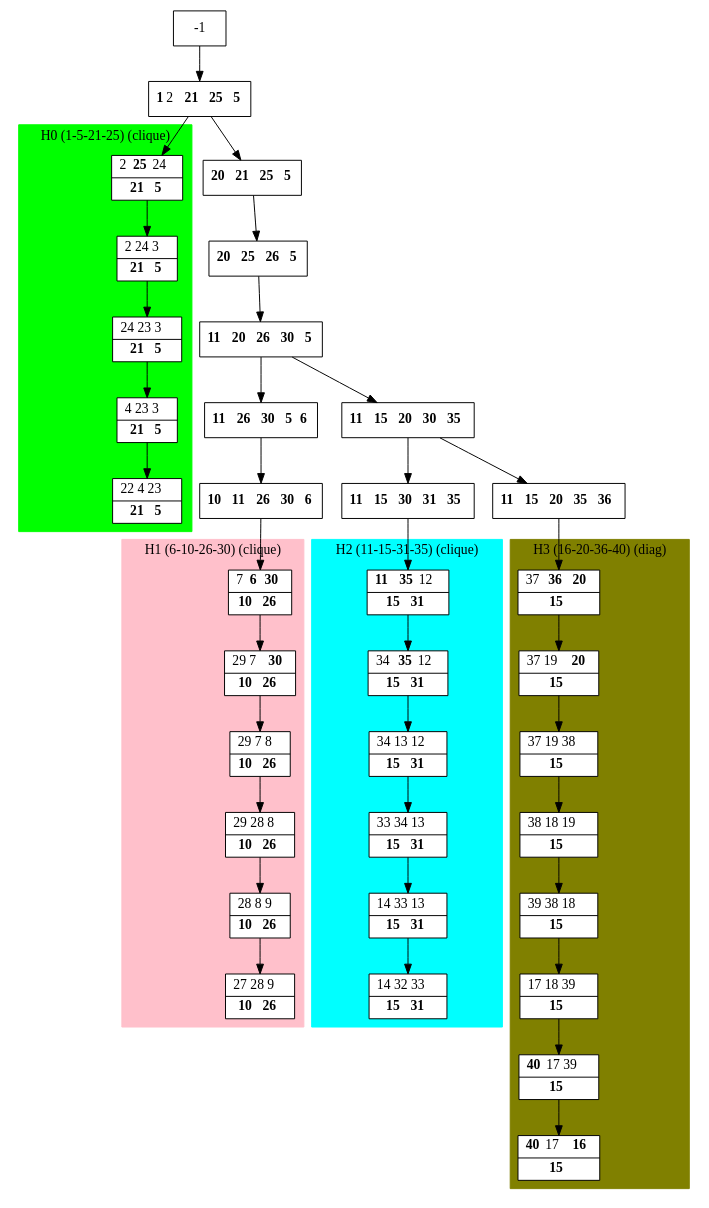
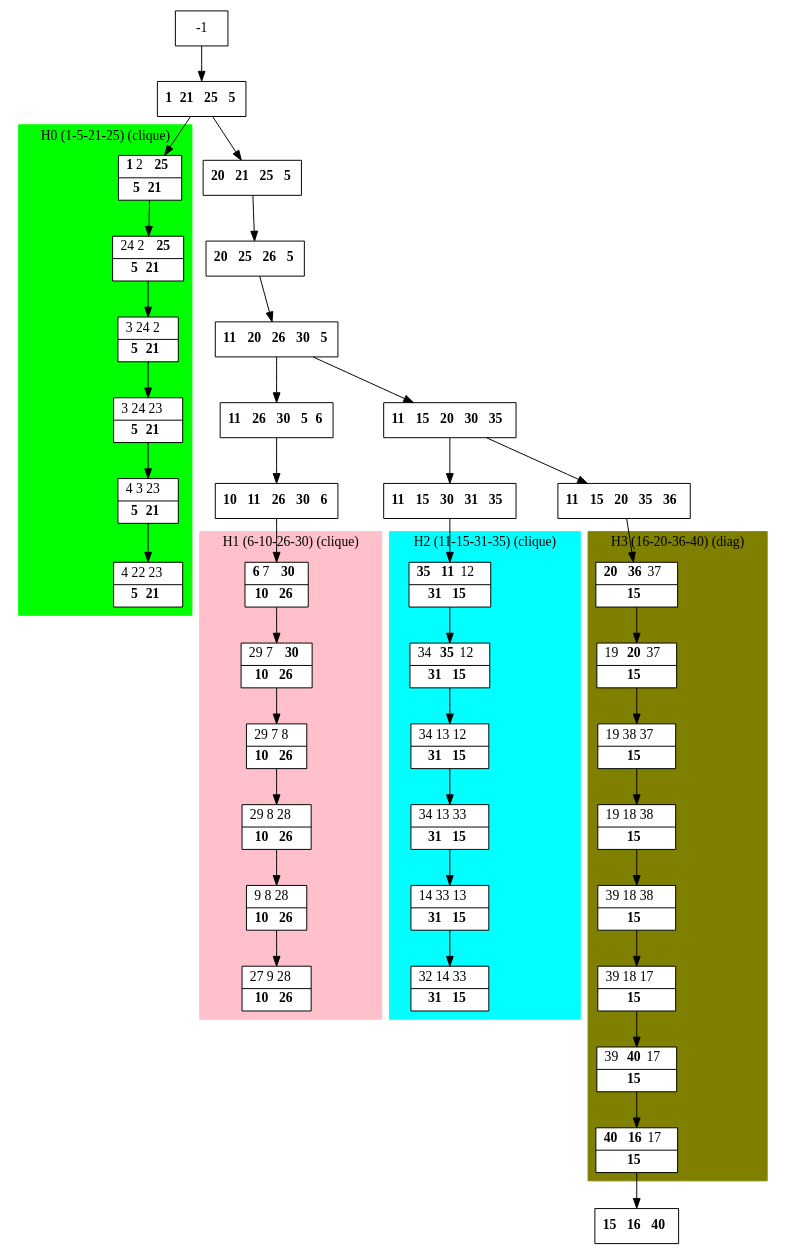
The diagram in results/dot_files/processed_K4.dot (bmarchand/auto-dp), drawn with Graphviz before and after one commit. The commit also changed 31 other files, not shown here.

```diff
--- a/results/dot_files/processed_K4.dot
+++ b/results/dot_files/processed_K4.dot
@@ -1,82 +1,85 @@
 digraph G {
     node [shape=box];
     subgraph cluster0 {
         node [style=filled,fillcolor=white];
         labeljust="l";
         style=filled;
         color=lime;
-        H0_1 -> H0_2 -> H0_3 -> H0_4 -> H0_5;
+        H0_0 -> H0_1 -> H0_2 -> H0_3 -> H0_4 -> H0_5;
         label="H0 (1-5-21-25) (clique)";
     }
     subgraph cluster1 {
         node [style=filled,fillcolor=white];
         labeljust="l";
         style=filled;
         color=pink;
         H1_0 -> H1_1 -> H1_2 -> H1_3 -> H1_4 -> H1_5;
         label="H1 (6-10-26-30) (clique)";
     }
     subgraph cluster2 {
         node [style=filled,fillcolor=white];
         labeljust="l";
         style=filled;
         color=cyan;
         H2_0 -> H2_1 -> H2_2 -> H2_3 -> H2_4 -> H2_5;
         label="H2 (11-15-31-35) (clique)";
     }
     subgraph cluster3 {
         node [style=filled,fillcolor=white];
         labeljust="l";
         style=filled;
         color=olive;
         H3_7 -> H3_6 -> H3_5 -> H3_4 -> H3_3 -> H3_2 -> H3_1 -> H3_0;
         label="H3 (16-20-36-40) (diag)";
     }
-     1 [shape=record,label= <{ <b>1</b> 2 <b>21</b> <b>25</b> <b>5</b>}> ];
+     1 [shape=record,label= <{ <b>1</b> <b>21</b> <b>25</b> <b>5</b>}> ];
      -1  ->  1;
-     H0_1 [shape=record,label= <{ 2 <b>25</b> 24|  <b>21</b> <b>5</b>}> ];
-     1  ->  H0_1;
-     H0_2 [shape=record,label= <{ 2 24 3|  <b>21</b> <b>5</b>}> ];
-     H0_3 [shape=record,label= <{ 24 23 3|  <b>21</b> <b>5</b>}> ];
-     H0_4 [shape=record,label= <{ 4 23 3|  <b>21</b> <b>5</b>}> ];
-     H0_5 [shape=record,label= <{ 22 4 23|  <b>21</b> <b>5</b>}> ];
+     H0_0 [shape=record,label= <{ <b>1</b> 2 <b>25</b>|  <b>5</b> <b>21</b>}> ];
+     1  ->  H0_0;
+     H0_1 [shape=record,label= <{ 24 2 <b>25</b>|  <b>5</b> <b>21</b>}> ];
+     H0_2 [shape=record,label= <{ 3 24 2|  <b>5</b> <b>21</b>}> ];
+     H0_3 [shape=record,label= <{ 3 24 23|  <b>5</b> <b>21</b>}> ];
+     H0_4 [shape=record,label= <{ 4 3 23|  <b>5</b> <b>21</b>}> ];
+     H0_5 [shape=record,label= <{ 4 22 23|  <b>5</b> <b>21</b>}> ];
      28 [shape=record,label= <{ <b>20</b> <b>21</b> <b>25</b> <b>5</b>}> ];
      1  ->  28;
      27 [shape=record,label= <{ <b>20</b> <b>25</b> <b>26</b> <b>5</b>}> ];
      28  ->  27;
      17 [shape=record,label= <{ <b>11</b> <b>20</b> <b>26</b> <b>30</b> <b>5</b>}> ];
      27  ->  17;
      9 [shape=record,label= <{ <b>11</b> <b>26</b> <b>30</b> <b>5</b> <b>6</b>}> ];
      17  ->  9;
      10 [shape=record,label= <{ <b>10</b> <b>11</b> <b>26</b> <b>30</b> <b>6</b>}> ];
      9  ->  10;
-     H1_0 [shape=record,label= <{ 7 <b>6</b> <b>30</b>|  <b>10</b> <b>26</b>}> ];
+     H1_0 [shape=record,label= <{ <b>6</b> 7 <b>30</b>|  <b>10</b> <b>26</b>}> ];
      10  ->  H1_0;
      H1_1 [shape=record,label= <{ 29 7 <b>30</b>|  <b>10</b> <b>26</b>}> ];
      H1_2 [shape=record,label= <{ 29 7 8|  <b>10</b> <b>26</b>}> ];
-     H1_3 [shape=record,label= <{ 29 28 8|  <b>10</b> <b>26</b>}> ];
-     H1_4 [shape=record,label= <{ 28 8 9|  <b>10</b> <b>26</b>}> ];
-     H1_5 [shape=record,label= <{ 27 28 9|  <b>10</b> <b>26</b>}> ];
+     H1_3 [shape=record,label= <{ 29 8 28|  <b>10</b> <b>26</b>}> ];
+     H1_4 [shape=record,label= <{ 9 8 28|  <b>10</b> <b>26</b>}> ];
+     H1_5 [shape=record,label= <{ 27 9 28|  <b>10</b> <b>26</b>}> ];
      18 [shape=record,label= <{ <b>11</b> <b>15</b> <b>20</b> <b>30</b> <b>35</b>}> ];
      17  ->  18;
      19 [shape=record,label= <{ <b>11</b> <b>15</b> <b>30</b> <b>31</b> <b>35</b>}> ];
      18  ->  19;
-     H2_0 [shape=record,label= <{ <b>11</b> <b>35</b> 12|  <b>15</b> <b>31</b>}> ];
+     H2_0 [shape=record,label= <{ <b>35</b> <b>11</b> 12|  <b>31</b> <b>15</b>}> ];
      19  ->  H2_0;
-     H2_1 [shape=record,label= <{ 34 <b>35</b> 12|  <b>15</b> <b>31</b>}> ];
-     H2_2 [shape=record,label= <{ 34 13 12|  <b>15</b> <b>31</b>}> ];
-     H2_3 [shape=record,label= <{ 33 34 13|  <b>15</b> <b>31</b>}> ];
-     H2_4 [shape=record,label= <{ 14 33 13|  <b>15</b> <b>31</b>}> ];
-     H2_5 [shape=record,label= <{ 14 32 33|  <b>15</b> <b>31</b>}> ];
+     H2_1 [shape=record,label= <{ 34 <b>35</b> 12|  <b>31</b> <b>15</b>}> ];
+     H2_2 [shape=record,label= <{ 34 13 12|  <b>31</b> <b>15</b>}> ];
+     H2_3 [shape=record,label= <{ 34 13 33|  <b>31</b> <b>15</b>}> ];
+     H2_4 [shape=record,label= <{ 14 33 13|  <b>31</b> <b>15</b>}> ];
+     H2_5 [shape=record,label= <{ 32 14 33|  <b>31</b> <b>15</b>}> ];
      25 [shape=record,label= <{ <b>11</b> <b>15</b> <b>20</b> <b>35</b> <b>36</b>}> ];
      18  ->  25;
-     H3_7 [shape=record,label= <{ 37 <b>36</b> <b>20</b>|  <b>15</b>}> ];
+     H3_7 [shape=record,label= <{ <b>20</b> <b>36</b> 37|  <b>15</b>}> ];
      25  ->  H3_7;
-     H3_6 [shape=record,label= <{ 37 19 <b>20</b>|  <b>15</b>}> ];
-     H3_5 [shape=record,label= <{ 37 19 38|  <b>15</b>}> ];
-     H3_4 [shape=record,label= <{ 38 18 19|  <b>15</b>}> ];
-     H3_3 [shape=record,label= <{ 39 38 18|  <b>15</b>}> ];
-     H3_2 [shape=record,label= <{ 17 18 39|  <b>15</b>}> ];
-     H3_1 [shape=record,label= <{ <b>40</b> 17 39|  <b>15</b>}> ];
-     H3_0 [shape=record,label= <{ <b>40</b> 17 <b>16</b>|  <b>15</b>}> ];
+     H3_6 [shape=record,label= <{ 19 <b>20</b> 37|  <b>15</b>}> ];
+     H3_5 [shape=record,label= <{ 19 38 37|  <b>15</b>}> ];
+     H3_4 [shape=record,label= <{ 19 18 38|  <b>15</b>}> ];
+     H3_3 [shape=record,label= <{ 39 18 38|  <b>15</b>}> ];
+     H3_2 [shape=record,label= <{ 39 18 17|  <b>15</b>}> ];
+     H3_1 [shape=record,label= <{ 39 <b>40</b> 17|  <b>15</b>}> ];
+     H3_0 [shape=record,label= <{ <b>40</b> <b>16</b> 17|  <b>15</b>}> ];
+     33 [shape=record,label= <{ <b>15</b> <b>16</b> <b>40</b>}> ];
+     H3_0  ->  33;
 }
```
